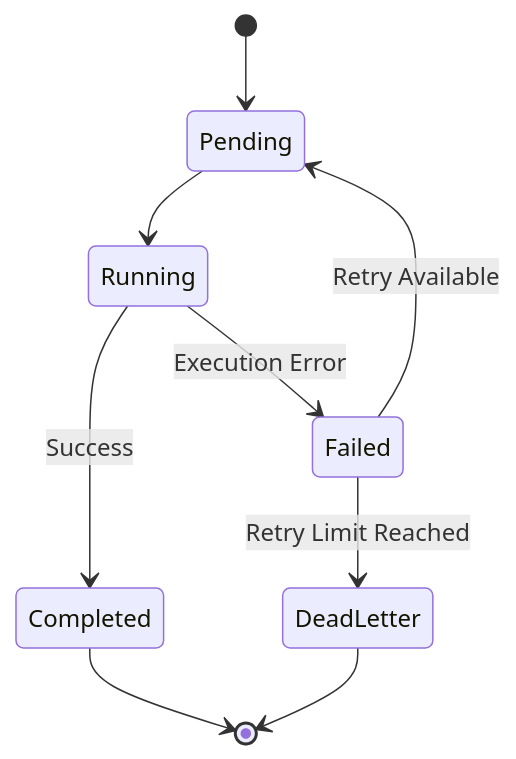
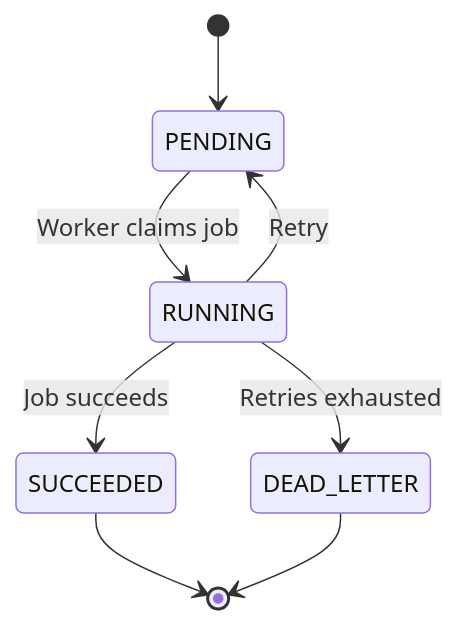
Before and after one commit to sadiaaref/eventflow-reliable-workflow-engine: the third of 5 diagrams in README.md, drawn with Mermaid. The commit also changed other lines of this file, not shown here.

````diff
--- a/README.md
+++ b/README.md
@@ -112,11 +159,15 @@
-```mermaid
+~~~mermaid
 stateDiagram-v2
-    [*] --> Pending
-    Pending --> Running
-    Running --> Completed: Success
-    Running --> Failed: Execution Error
-    Failed --> Pending: Retry Available
-    Failed --> DeadLetter: Retry Limit Reached
-    Completed --> [*]
-    DeadLetter --> [*]
-```
+    [*] --> PENDING
+
+    PENDING --> RUNNING: Worker claims job
+
+    RUNNING --> SUCCEEDED: Job succeeds
+
+    RUNNING --> PENDING: Retry
+
+    RUNNING --> DEAD_LETTER: Retries exhausted
+
+    SUCCEEDED --> [*]
+    DEAD_LETTER --> [*]
+~~~
````
